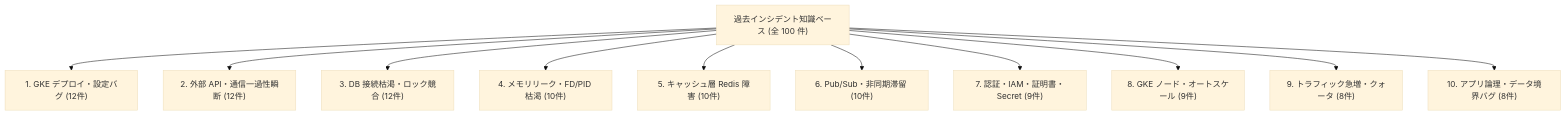
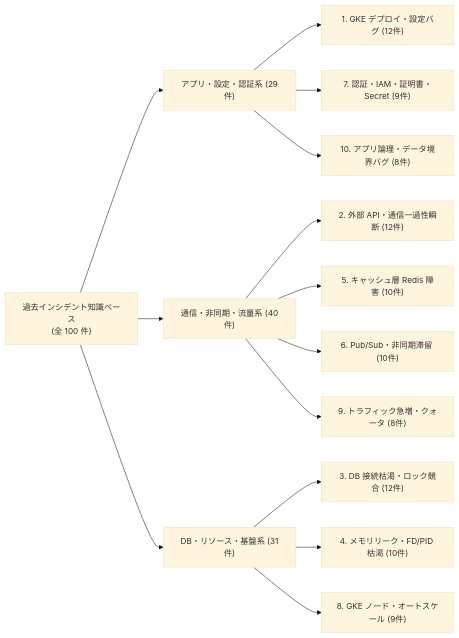
One commit to tyorikan/agentic-sre-handson changed the second of 2 diagrams in docs/02-bigquery-vector-kb.md. Above: the diagram before and after it, drawn with Mermaid (base theme). The commit also changed 3 other files, not shown here.

Commit message:
docs,slack: clarify post-remediation failure escalation and improve diagrams

````diff
--- a/docs/02-bigquery-vector-kb.md
+++ b/docs/02-bigquery-vector-kb.md
@@ -50,14 +50,20 @@
 ```mermaid
-flowchart TD
-    Root["過去インシデント知識ベース (全 100 件)"]
-    Root --> C1["1. GKE デプロイ・設定バグ (12件)"]
-    Root --> C2["2. 外部 API・通信一過性瞬断 (12件)"]
-    Root --> C3["3. DB 接続枯渇・ロック競合 (12件)"]
-    Root --> C4["4. メモリリーク・FD/PID 枯渇 (10件)"]
-    Root --> C5["5. キャッシュ層 Redis 障害 (10件)"]
-    Root --> C6["6. Pub/Sub・非同期滞留 (10件)"]
-    Root --> C7["7. 認証・IAM・証明書・Secret (9件)"]
-    Root --> C8["8. GKE ノード・オートスケール (9件)"]
-    Root --> C9["9. トラフィック急増・クォータ (8件)"]
-    Root --> C10["10. アプリ論理・データ境界バグ (8件)"]
+flowchart LR
+    Root["過去インシデント知識ベース<br/>(全 100 件)"]
+    Root --> L1["アプリ・設定・認証系 (29件)"]
+    Root --> L2["通信・非同期・流量系 (40件)"]
+    Root --> L3["DB・リソース・基盤系 (31件)"]
+
+    L1 --> C1["1. GKE デプロイ・設定バグ (12件)"]
+    L1 --> C7["7. 認証・IAM・証明書・Secret (9件)"]
+    L1 --> C10["10. アプリ論理・データ境界バグ (8件)"]
+
+    L2 --> C2["2. 外部 API・通信一過性瞬断 (12件)"]
+    L2 --> C5["5. キャッシュ層 Redis 障害 (10件)"]
+    L2 --> C6["6. Pub/Sub・非同期滞留 (10件)"]
+    L2 --> C9["9. トラフィック急増・クォータ (8件)"]
+
+    L3 --> C3["3. DB 接続枯渇・ロック競合 (12件)"]
+    L3 --> C4["4. メモリリーク・FD/PID 枯渇 (10件)"]
+    L3 --> C8["8. GKE ノード・オートスケール (9件)"]
 ```
````
